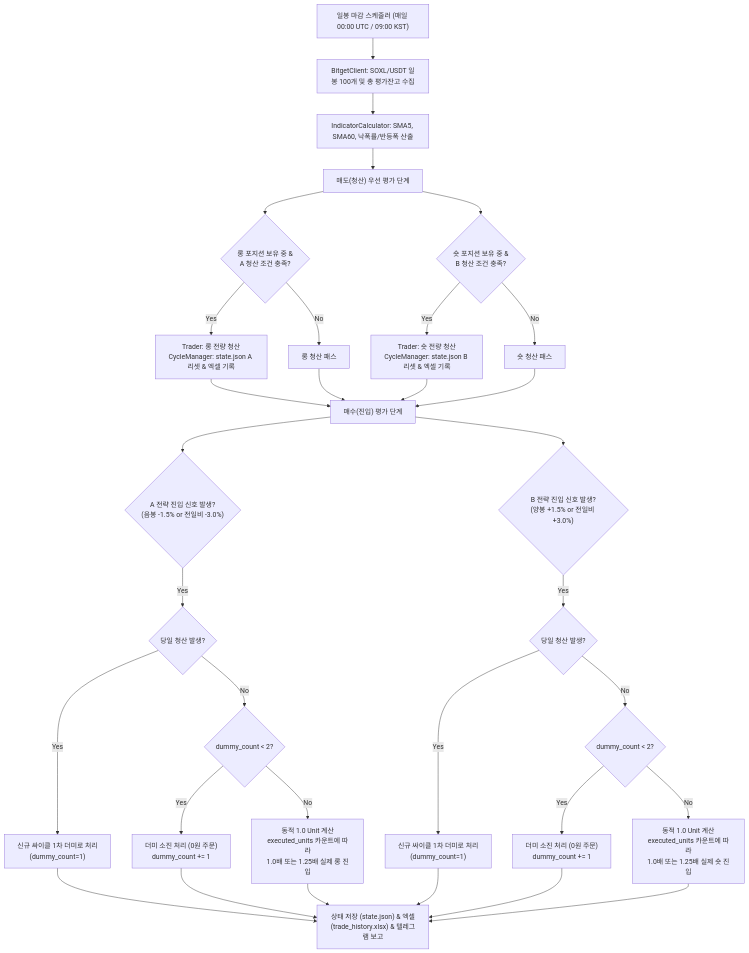
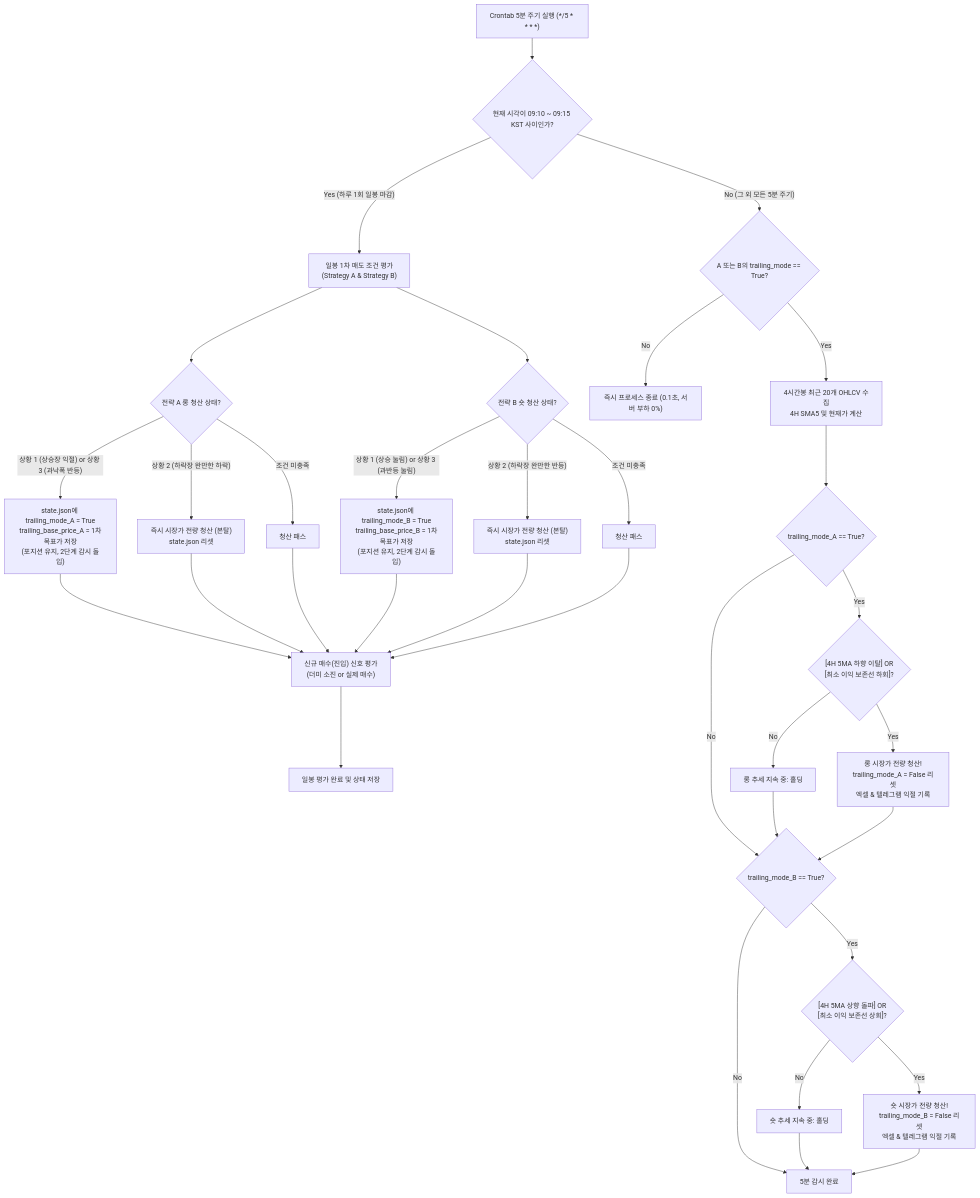
The diagram in docs/implementation/implementation_plan.md (xoruddkqk4-glitch/bitget_v3_switch), drawn with Mermaid before and after one commit. The commit also changed other lines of this file and 9 other files, not shown here.

````diff
--- a/docs/implementation/implementation_plan.md
+++ b/docs/implementation/implementation_plan.md
@@ -14,40 +14,45 @@
 ```mermaid
 flowchart TD
-    A["일봉 마감 스케줄러 (매일 00:00 UTC / 09:00 KST)"] --> B["BitgetClient: SOXL/USDT 일봉 100개 및 총 평가잔고 수집"]
-    B --> C["IndicatorCalculator: SMA5, SMA60, 낙폭률/반등폭 산출"]
-    C --> D["매도(청산) 우선 평가 단계"]
+    Start["Crontab 5분 주기 실행 (*/5 * * * *)"] --> CheckTime{"현재 시각이 09:10 ~ 09:15 KST 사이인가?"}
+
+    %% 1단계 일봉 마감 평가
+    CheckTime -- Yes (하루 1회 일봉 마감) --> EvalStage1["일봉 1차 매도 조건 평가<br>(Strategy A & Strategy B)"]
     
-    D --> E1{"롱 포지션 보유 중 &<br/>A 청산 조건 충족?"}
-    E1 -- Yes --> F1["Trader: 롱 전량 청산<br/>CycleManager: state.json A 리셋 & 엑셀 기록"]
-    E1 -- No --> G1["롱 청산 패스"]
+    EvalStage1 --> CondLong{"전략 A 롱 청산 상태?"}
+    CondLong -- "상황 1 (상승장 익절) or 상황 3 (과낙폭 반등)" --> SetTrailingA["state.json에 trailing_mode_A = True<br>trailing_base_price_A = 1차목표가 저장<br>(포지션 유지, 2단계 감시 돌입)"]
+    CondLong -- "상황 2 (하락장 완만한 하락)" --> ExitMildA["즉시 시장가 전량 청산 (본탈)<br>state.json 리셋"]
+    CondLong -- "조건 미충족" --> PassA["청산 패스"]
 
-    D --> E2{"숏 포지션 보유 중 &<br/>B 청산 조건 충족?"}
-    E2 -- Yes --> F2["Trader: 숏 전량 청산<br/>CycleManager: state.json B 리셋 & 엑셀 기록"]
-    E2 -- No --> G2["숏 청산 패스"]
+    EvalStage1 --> CondShort{"전략 B 숏 청산 상태?"}
+    CondShort -- "상황 1 (상승 눌림) or 상황 3 (과반등 눌림)" --> SetTrailingB["state.json에 trailing_mode_B = True<br>trailing_base_price_B = 1차목표가 저장<br>(포지션 유지, 2단계 감시 돌입)"]
+    CondShort -- "상황 2 (하락장 완만한 반등)" --> ExitMildB["즉시 시장가 전량 청산 (본탈)<br>state.json 리셋"]
+    CondShort -- "조건 미충족" --> PassB["청산 패스"]
 
-    F1 --> H["매수(진입) 평가 단계"]
-    G1 --> H
-    F2 --> H
-    G2 --> H
+    SetTrailingA --> EvalEntry["신규 매수(진입) 신호 평가<br>(더미 소진 or 실제 매수)"]
+    ExitMildA --> EvalEntry
+    PassA --> EvalEntry
+    SetTrailingB --> EvalEntry
+    ExitMildB --> EvalEntry
+    PassB --> EvalEntry
+    EvalEntry --> EndDaily["일봉 평가 완료 및 상태 저장"]
 
-    H --> I1{"A 전략 진입 신호 발생?<br/>(음봉 -1.5% or 전일비 -3.0%)"}
-    I1 -- Yes --> J1{"당일 청산 발생?"}
-    J1 -- Yes --> K1["신규 싸이클 1차 더미로 처리<br/>(dummy_count=1)"]
-    J1 -- No --> L1{"dummy_count < 2?"}
-    L1 -- Yes --> M1["더미 소진 처리 (0원 주문)<br/>dummy_count += 1"]
-    L1 -- No --> N1["동적 1.0 Unit 계산<br/>executed_units 카운트에 따라<br/>1.0배 또는 1.25배 실제 롱 진입"]
+    %% 2단계 5분 주기 감시
+    CheckTime -- No (그 외 모든 5분 주기) --> CheckActive{"A 또는 B의 trailing_mode == True?"}
+    CheckActive -- No --> QuickExit["즉시 프로세스 종료 (0.1초, 서버 부하 0%)"]
+    CheckActive -- Yes --> Fetch4H["4시간봉 최근 20개 OHLCV 수집<br>4H SMA5 및 현재가 계산"]
 
-    H --> I2{"B 전략 진입 신호 발생?<br/>(양봉 +1.5% or 전일비 +3.0%)"}
-    I2 -- Yes --> J2{"당일 청산 발생?"}
-    J2 -- Yes --> K2["신규 싸이클 1차 더미로 처리<br/>(dummy_count=1)"]
-    J2 -- No --> L2{"dummy_count < 2?"}
-    L2 -- Yes --> M2["더미 소진 처리 (0원 주문)<br/>dummy_count += 1"]
-    L2 -- No --> N2["동적 1.0 Unit 계산<br/>executed_units 카운트에 따라<br/>1.0배 또는 1.25배 실제 숏 진입"]
+    Fetch4H --> CheckStage2A{"trailing_mode_A == True?"}
+    CheckStage2A -- Yes --> CheckCondA{"[4H 5MA 하향 이탈] OR<br>[최소 이익 보존선 하회]?"}
+    CheckCondA -- Yes --> ExecuteExitA["롱 시장가 전량 청산!<br>trailing_mode_A = False 리셋<br>엑셀 & 텔레그램 익절 기록"]
+    CheckCondA -- No --> HoldA["롱 추세 지속 중: 홀딩"]
+    CheckStage2A -- No --> CheckStage2B
 
-    N1 --> O["상태 저장 (state.json) & 엑셀(trade_history.xlsx) & 텔레그램 보고"]
-    N2 --> O
-    M1 --> O
-    M2 --> O
-    K1 --> O
-    K2 --> O
+    HoldA --> CheckStage2B{"trailing_mode_B == True?"}
+    ExecuteExitA --> CheckStage2B
+    CheckStage2B -- Yes --> CheckCondB{"[4H 5MA 상향 돌파] OR<br>[최소 이익 보존선 상회]?"}
+    CheckCondB -- Yes --> ExecuteExitB["숏 시장가 전량 청산!<br>trailing_mode_B = False 리셋<br>엑셀 & 텔레그램 익절 기록"]
+    CheckCondB -- No --> HoldB["숏 추세 지속 중: 홀딩"]
+    CheckStage2B -- No --> End5m["5분 감시 완료"]
+    HoldB --> End5m
+    ExecuteExitB --> End5m
 ```
````
